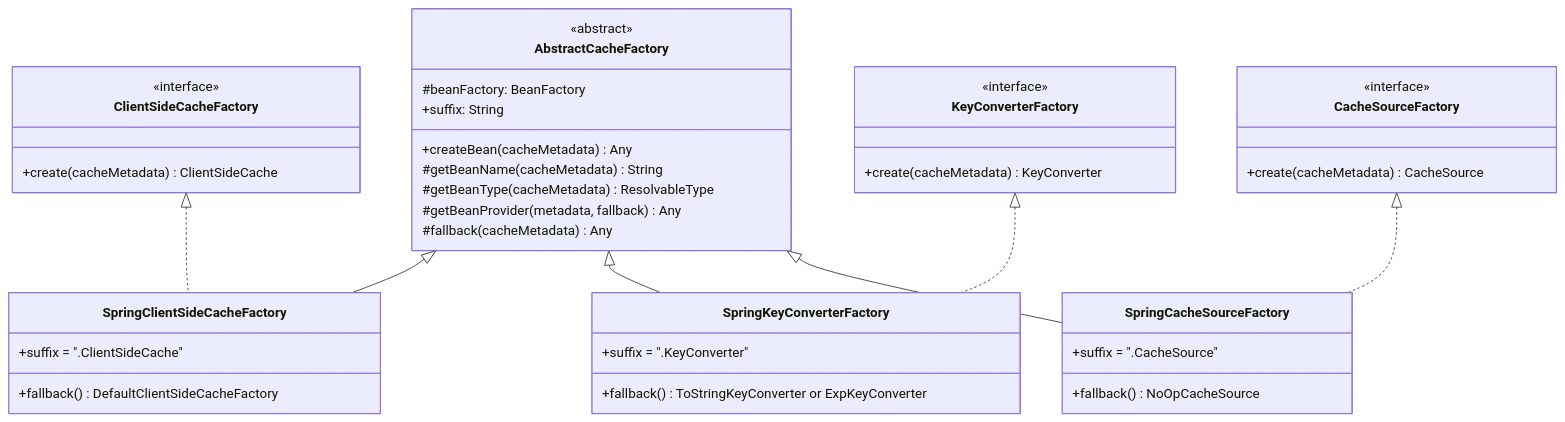
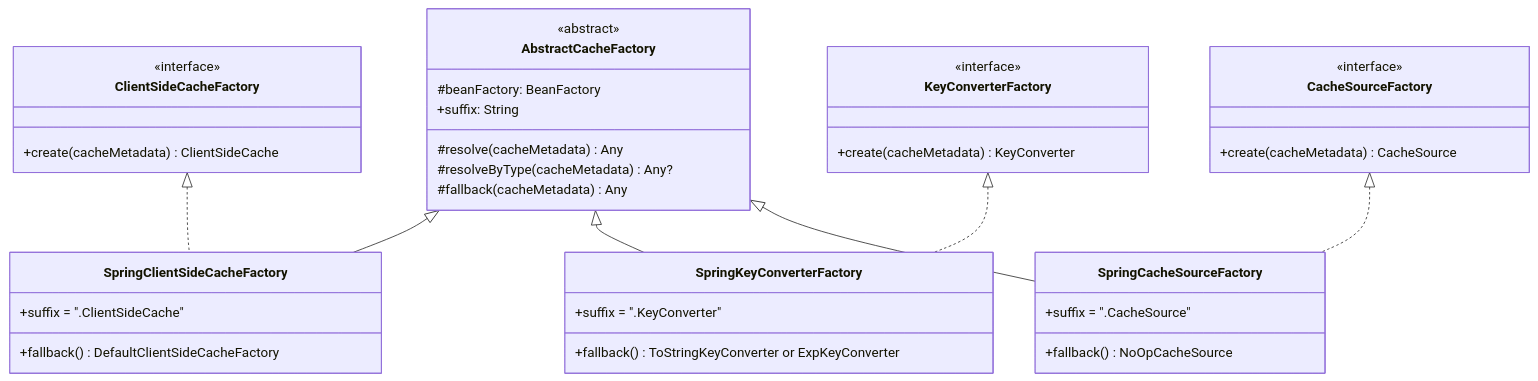
One commit to Ahoo-Wang/CoCache changed the fifth of 6 diagrams in wiki/zh/modules/cocache-spring.md. Above: the diagram before and after it, drawn with Mermaid. The commit also changed other lines of this file and 256 other files, not shown here.

````diff
--- a/wiki/zh/modules/cocache-spring.md
+++ b/wiki/zh/modules/cocache-spring.md
@@ -241,50 +233,48 @@
 ```mermaid
 classDiagram
     class AbstractCacheFactory {
         <<abstract>>
         #beanFactory: BeanFactory
         +suffix: String
-        +createBean(cacheMetadata) Any
-        #getBeanName(cacheMetadata) String
-        #getBeanType(cacheMetadata) ResolvableType
-        #getBeanProvider(metadata, fallback) Any
+        #resolve(cacheMetadata) Any
+        #resolveByType(cacheMetadata) Any?
         #fallback(cacheMetadata) Any
     }
 
     class ClientSideCacheFactory {
         <<interface>>
         +create(cacheMetadata) ClientSideCache
     }
 
     class KeyConverterFactory {
         <<interface>>
         +create(cacheMetadata) KeyConverter
     }
 
     class CacheSourceFactory {
         <<interface>>
         +create(cacheMetadata) CacheSource
     }
 
     class SpringClientSideCacheFactory {
         +suffix = ".ClientSideCache"
         +fallback() DefaultClientSideCacheFactory
     }
 
     class SpringKeyConverterFactory {
         +suffix = ".KeyConverter"
         +fallback() ToStringKeyConverter or ExpKeyConverter
     }
 
     class SpringCacheSourceFactory {
         +suffix = ".CacheSource"
         +fallback() NoOpCacheSource
     }
 
     AbstractCacheFactory <|-- SpringClientSideCacheFactory
     AbstractCacheFactory <|-- SpringKeyConverterFactory
     AbstractCacheFactory <|-- SpringCacheSourceFactory
     ClientSideCacheFactory <|.. SpringClientSideCacheFactory
     KeyConverterFactory <|.. SpringKeyConverterFactory
     CacheSourceFactory <|.. SpringCacheSourceFactory
 ```
````
